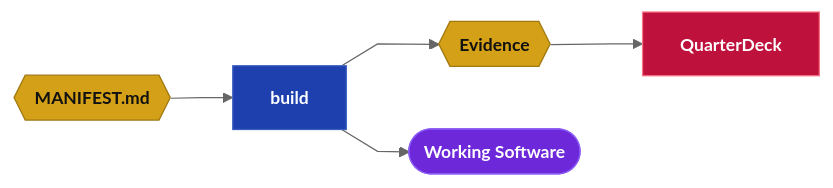
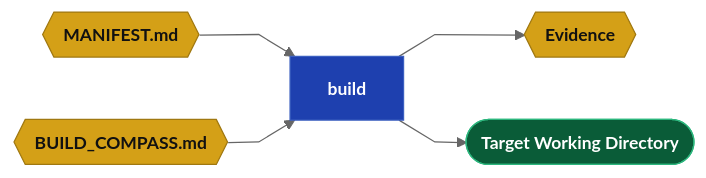
Before and after one commit to webcloudstudio/Drydock: the fourth of 8 diagrams in docs/Drydock_Specification.md, drawn with Mermaid. The commit also changed other lines of this file, not shown here.

Commit message:
Update specification build compass flow

````diff
--- a/docs/Drydock_Specification.md
+++ b/docs/Drydock_Specification.md
@@ -370,15 +376,15 @@
 ```mermaid
 %%{init: {'theme': 'neutral', 'flowchart': {'curve': 'linear'}, 'themeVariables': {'fontSize': '14px'}}}%%
 flowchart LR
   classDef dir    fill:#0a5c38,stroke:#2cb67d,color:#fff,font-weight:bold
   classDef md     fill:#d4a017,stroke:#a07810,color:#111,font-weight:bold
   classDef script fill:#1e40af,stroke:#3b5fc0,color:#fff,font-weight:bold
   classDef prompt fill:#c2410c,stroke:#ea580c,color:#fff,font-weight:bold
   classDef output fill:#6d28d9,stroke:#8b5cf6,color:#fff,font-weight:bold
   classDef web    fill:#be123c,stroke:#fb7185,color:#fff,font-weight:bold
 
   BP{{"MANIFEST.md"}}:::md --> BUILD["build"]:::script
+  BCOMPASS{{"BUILD_COMPASS.md"}}:::md --> BUILD
   BUILD --> EV{{"Evidence"}}:::md
-  EV --> CONSOLE["QuarterDeck"]:::web
-  BUILD --> SOFTWARE(["Working Software"]):::output
+  BUILD --> TARGET(["Target Working Directory"]):::dir
 ```
````
